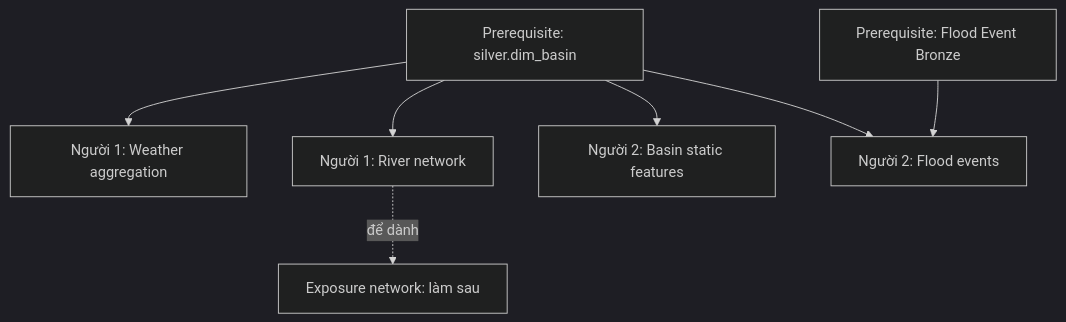
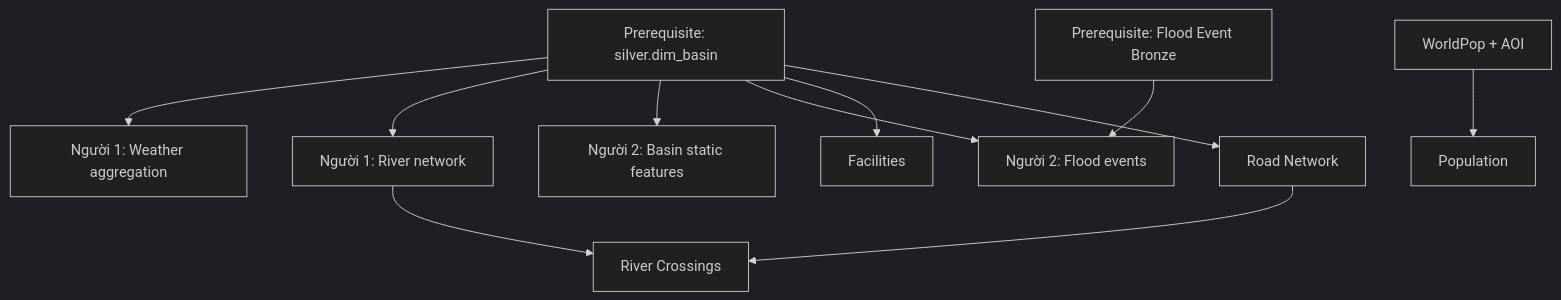
The diagram in docs/phan_cong_trien_khai_silver_2_nguoi.md (cloud-vmih/flood-lake-kg), drawn with Mermaid (dark theme) before and after one commit. The commit also changed other lines of this file and 84 other files, not shown here.

Commit message:
complete weather silver pipeline, plan for faci, pop,road, river pipeline

````diff
--- a/docs/phan_cong_trien_khai_silver_2_nguoi.md
+++ b/docs/phan_cong_trien_khai_silver_2_nguoi.md
@@ -31,9 +32,13 @@
 ```mermaid
 flowchart TB
     B["Prerequisite: silver.dim_basin"] --> W["Người 1: Weather aggregation"]
     B --> R["Người 1: River network"]
     B --> S["Người 2: Basin static features"]
     B --> E["Người 2: Flood events"]
     F["Prerequisite: Flood Event Bronze"] --> E
-    R -. "để dành" .-> X["Exposure network: làm sau"]
+    B --> FC["Facilities"]
+    WP["WorldPop + AOI"] --> POP["Population"]
+    B --> RD["Road Network"]
+    RD --> X["River Crossings"]
+    R --> X
 ```
````
